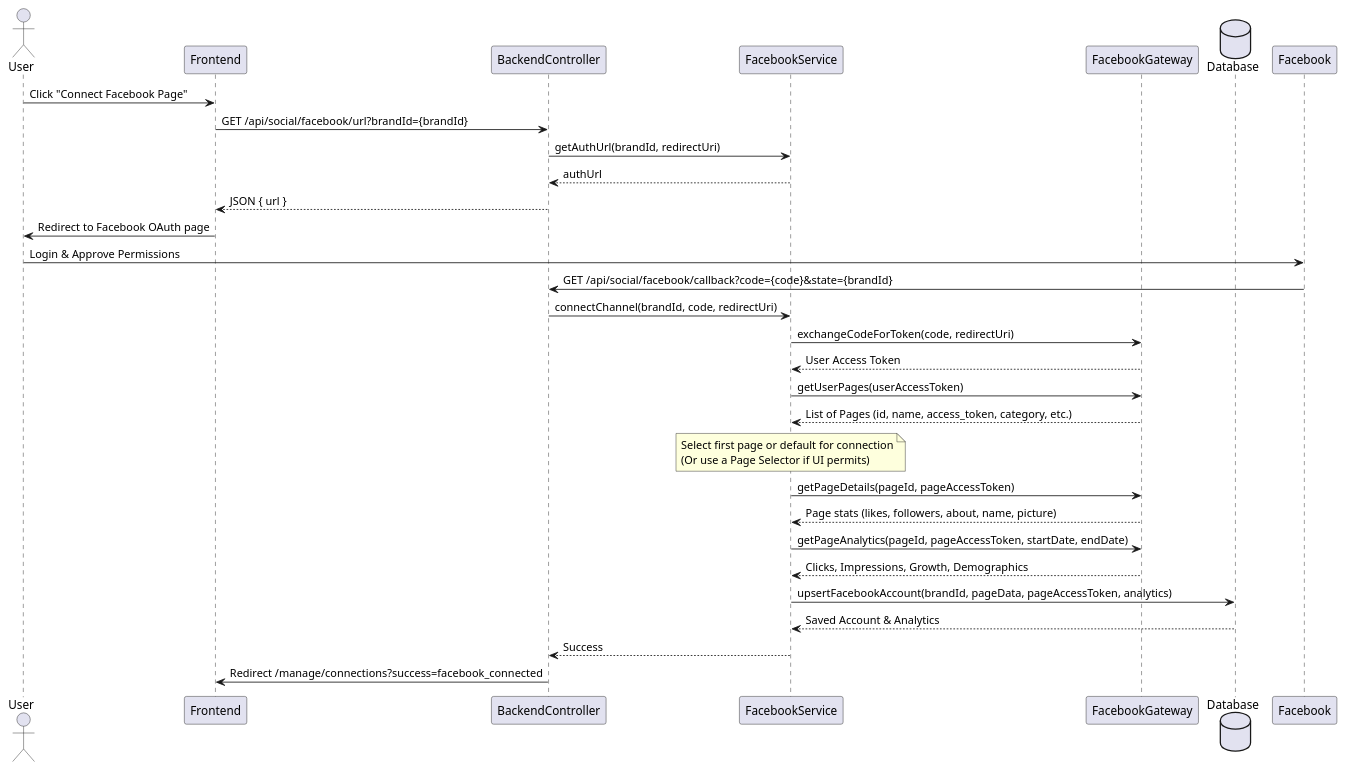
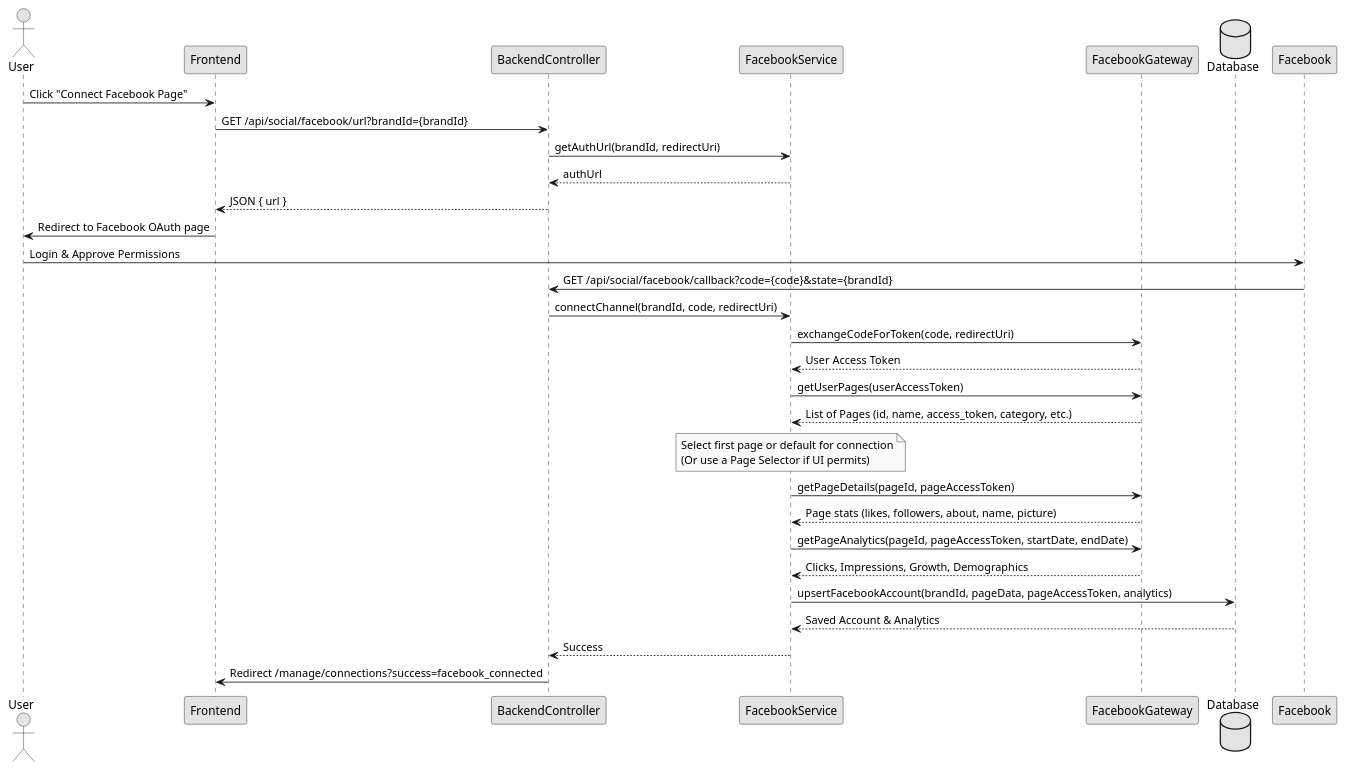
Before and after one commit to Nguyen-Thanh-Huy-io/FCAJ-AWS-Project: the diagram in docs/backend/social/facebook-connection-sequence.puml, drawn with PlantUML. The commit also changed 23 other files, not shown here.

```diff
--- a/docs/backend/social/facebook-connection-sequence.puml
+++ b/docs/backend/social/facebook-connection-sequence.puml
@@ -2,32 +2,34 @@
 @startuml Facebook Connection Flow
+skinparam monochrome true
+skinparam shading false
 actor User
 participant Frontend
 participant BackendController
 participant FacebookService
 participant FacebookGateway
 database Database
 
 User -> Frontend: Click "Connect Facebook Page"
 Frontend -> BackendController: GET /api/social/facebook/url?brandId={brandId}
 BackendController -> FacebookService: getAuthUrl(brandId, redirectUri)
 FacebookService --> BackendController: authUrl
 BackendController --> Frontend: JSON { url }
 Frontend -> User: Redirect to Facebook OAuth page
 
 User -> Facebook: Login & Approve Permissions
 Facebook -> BackendController: GET /api/social/facebook/callback?code={code}&state={brandId}
 BackendController -> FacebookService: connectChannel(brandId, code, redirectUri)
 FacebookService -> FacebookGateway: exchangeCodeForToken(code, redirectUri)
 FacebookGateway --> FacebookService: User Access Token
 FacebookService -> FacebookGateway: getUserPages(userAccessToken)
 FacebookGateway --> FacebookService: List of Pages (id, name, access_token, category, etc.)
 note over FacebookService: Select first page or default for connection\n(Or use a Page Selector if UI permits)
 FacebookService -> FacebookGateway: getPageDetails(pageId, pageAccessToken)
 FacebookGateway --> FacebookService: Page stats (likes, followers, about, name, picture)
 FacebookService -> FacebookGateway: getPageAnalytics(pageId, pageAccessToken, startDate, endDate)
 FacebookGateway --> FacebookService: Clicks, Impressions, Growth, Demographics
 FacebookService -> Database: upsertFacebookAccount(brandId, pageData, pageAccessToken, analytics)
 Database --> FacebookService: Saved Account & Analytics
 FacebookService --> BackendController: Success
 BackendController -> Frontend: Redirect /manage/connections?success=facebook_connected
 @enduml
```
